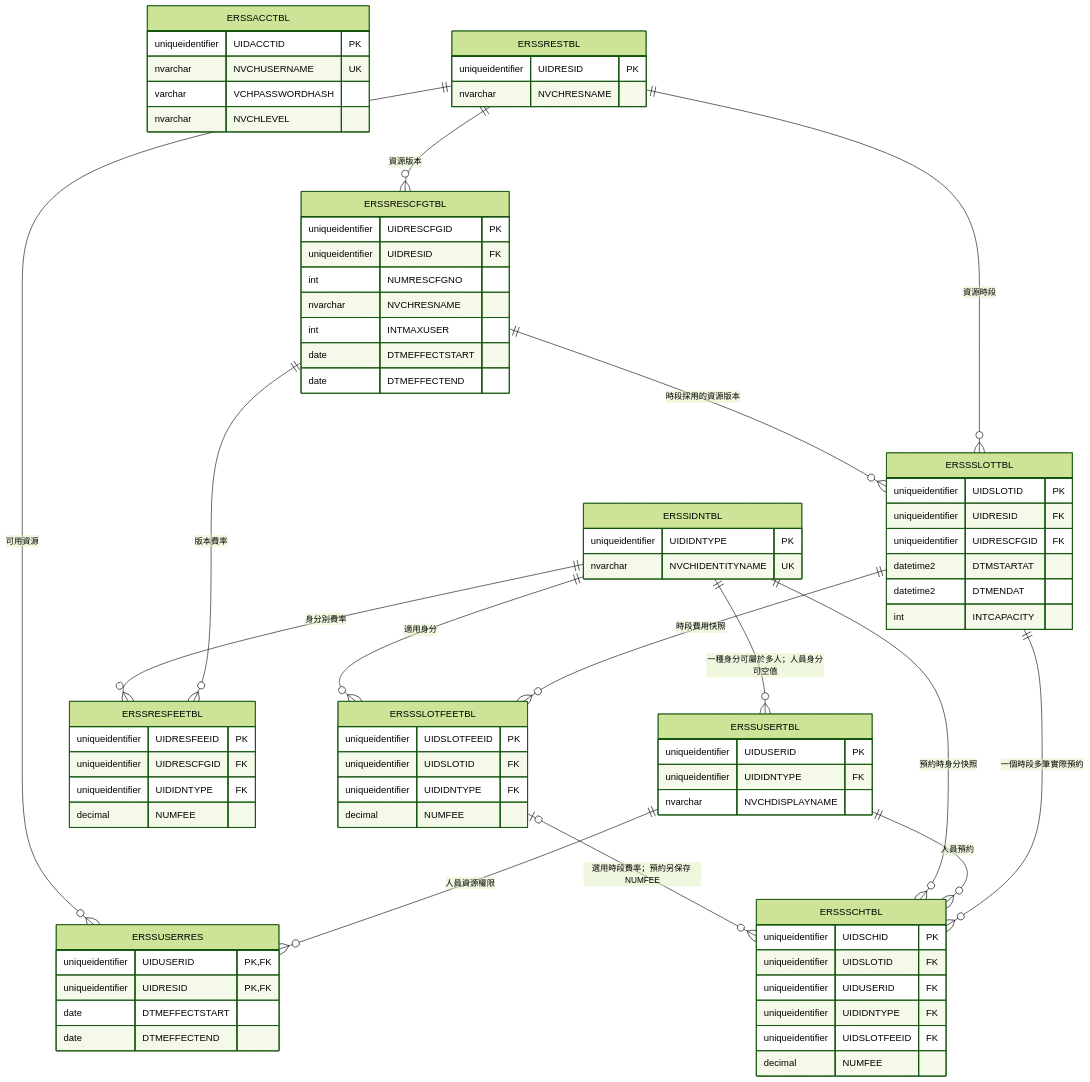
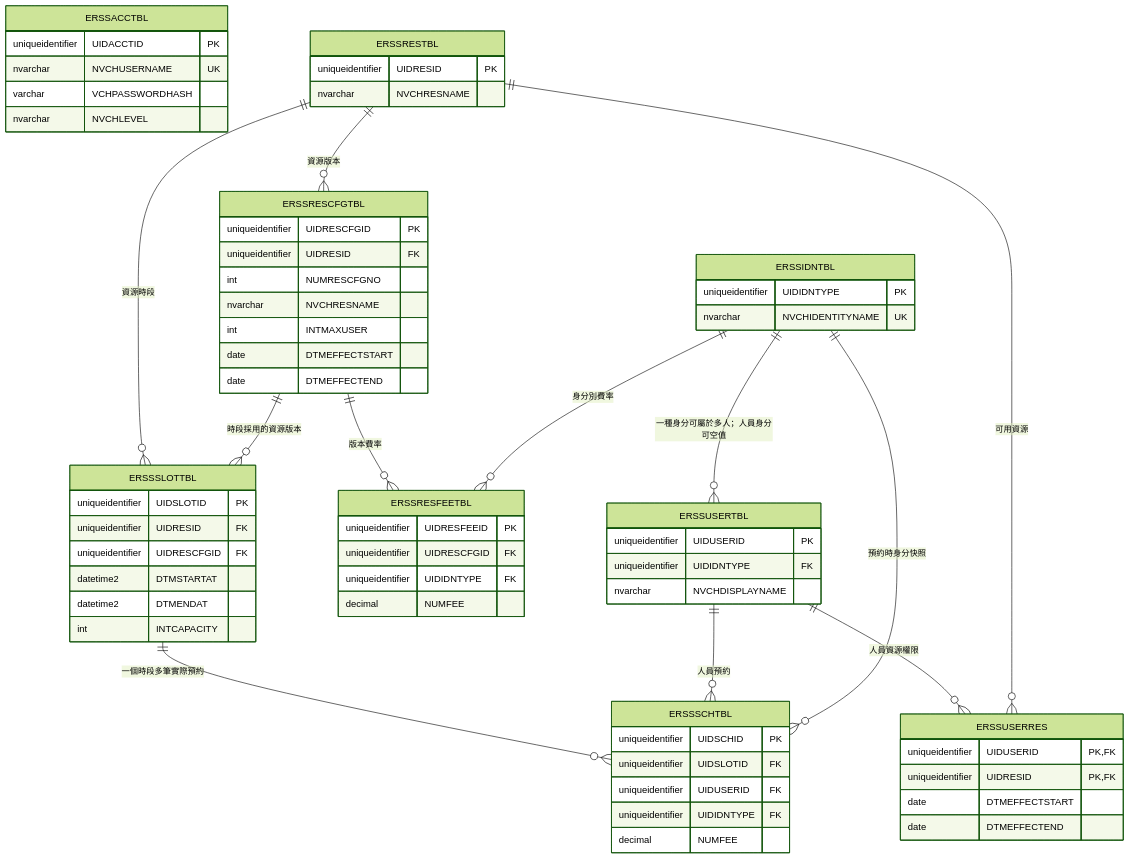
The diagram in EnterpriseResourceSchedulingSystem.Infrastructure/Persistence/ERSS-Table-Relationships.md (Ren-Hong/EnterpriseResourceSchedulingSystem), drawn with Mermaid (forest theme) before and after one commit. The commit also changed other lines of this file and 30 other files, not shown here.

````diff
--- a/EnterpriseResourceSchedulingSystem.Infrastructure/Persistence/ERSS-Table-Relationships.md
+++ b/EnterpriseResourceSchedulingSystem.Infrastructure/Persistence/ERSS-Table-Relationships.md
@@ -5,80 +5,70 @@
 ```mermaid
 erDiagram
     ERSSACCTBL {
         uniqueidentifier UIDACCTID PK
         nvarchar NVCHUSERNAME UK
         varchar VCHPASSWORDHASH
         nvarchar NVCHLEVEL
     }
     ERSSUSERTBL {
         uniqueidentifier UIDUSERID PK
         uniqueidentifier UIDIDNTYPE FK
         nvarchar NVCHDISPLAYNAME
     }
     ERSSIDNTBL {
         uniqueidentifier UIDIDNTYPE PK
         nvarchar NVCHIDENTITYNAME UK
     }
     ERSSRESTBL {
         uniqueidentifier UIDRESID PK
         nvarchar NVCHRESNAME
     }
     ERSSRESCFGTBL {
         uniqueidentifier UIDRESCFGID PK
         uniqueidentifier UIDRESID FK
         int NUMRESCFGNO
         nvarchar NVCHRESNAME
         int INTMAXUSER
         date DTMEFFECTSTART
         date DTMEFFECTEND
     }
     ERSSRESFEETBL {
         uniqueidentifier UIDRESFEEID PK
         uniqueidentifier UIDRESCFGID FK
         uniqueidentifier UIDIDNTYPE FK
         decimal NUMFEE
     }
     ERSSUSERRES {
         uniqueidentifier UIDUSERID PK, FK
         uniqueidentifier UIDRESID PK, FK
         date DTMEFFECTSTART
         date DTMEFFECTEND
     }
     ERSSSLOTTBL {
         uniqueidentifier UIDSLOTID PK
         uniqueidentifier UIDRESID FK
         uniqueidentifier UIDRESCFGID FK
         datetime2 DTMSTARTAT
         datetime2 DTMENDAT
         int INTCAPACITY
     }
-    ERSSSLOTFEETBL {
-        uniqueidentifier UIDSLOTFEEID PK
-        uniqueidentifier UIDSLOTID FK
-        uniqueidentifier UIDIDNTYPE FK
-        decimal NUMFEE
-    }
     ERSSSCHTBL {
         uniqueidentifier UIDSCHID PK
         uniqueidentifier UIDSLOTID FK
         uniqueidentifier UIDUSERID FK
         uniqueidentifier UIDIDNTYPE FK
-        uniqueidentifier UIDSLOTFEEID FK
         decimal NUMFEE
     }
 
     ERSSIDNTBL ||--o{ ERSSUSERTBL : "一種身分可屬於多人；人員身分可空值"
     ERSSRESTBL ||--o{ ERSSRESCFGTBL : "資源版本"
     ERSSRESCFGTBL ||--o{ ERSSRESFEETBL : "版本費率"
     ERSSIDNTBL ||--o{ ERSSRESFEETBL : "身分別費率"
     ERSSUSERTBL ||--o{ ERSSUSERRES : "人員資源權限"
     ERSSRESTBL ||--o{ ERSSUSERRES : "可用資源"
     ERSSRESTBL ||--o{ ERSSSLOTTBL : "資源時段"
     ERSSRESCFGTBL ||--o{ ERSSSLOTTBL : "時段採用的資源版本"
-    ERSSSLOTTBL ||--o{ ERSSSLOTFEETBL : "時段費用快照"
-    ERSSIDNTBL ||--o{ ERSSSLOTFEETBL : "適用身分"
     ERSSSLOTTBL ||--o{ ERSSSCHTBL : "一個時段多筆實際預約"
     ERSSUSERTBL ||--o{ ERSSSCHTBL : "人員預約"
     ERSSIDNTBL ||--o{ ERSSSCHTBL : "預約時身分快照"
-    ERSSSLOTFEETBL o|--o{ ERSSSCHTBL : "選用時段費率；預約另保存 NUMFEE"
 ```
````
